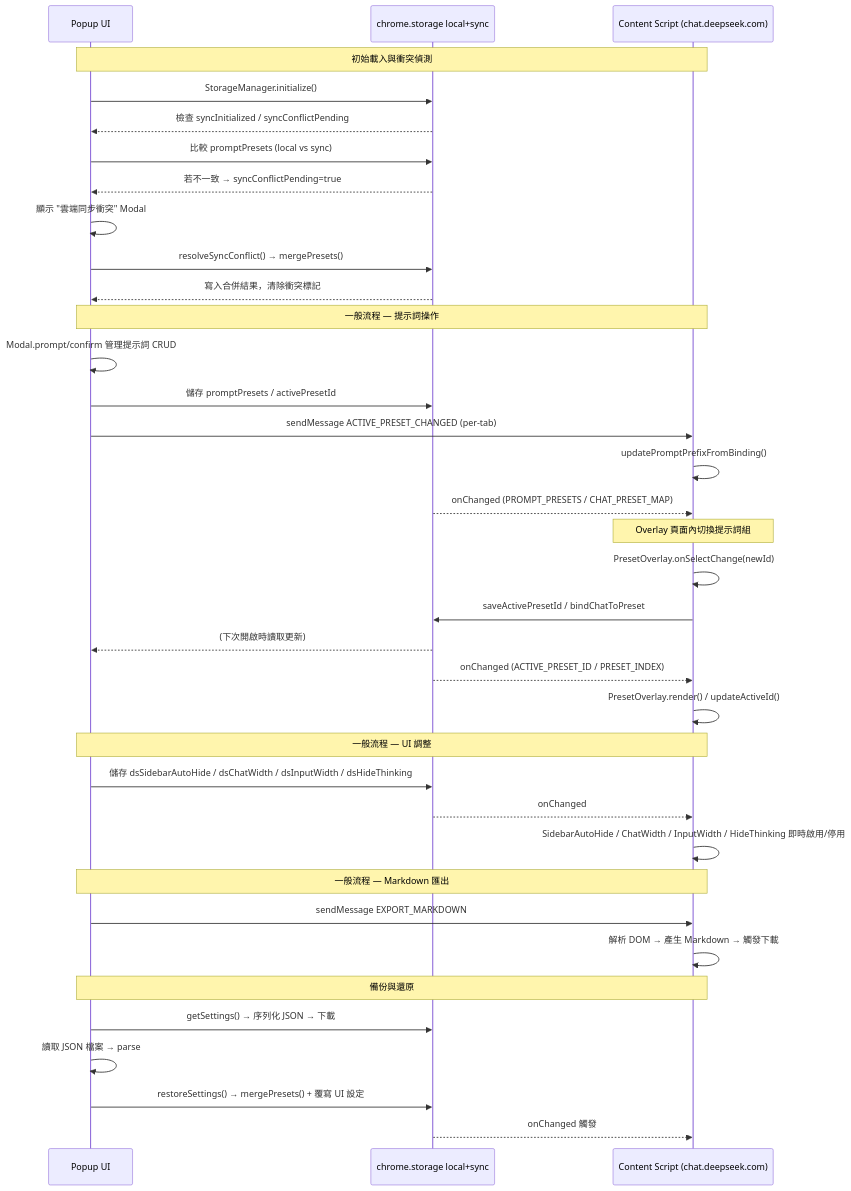
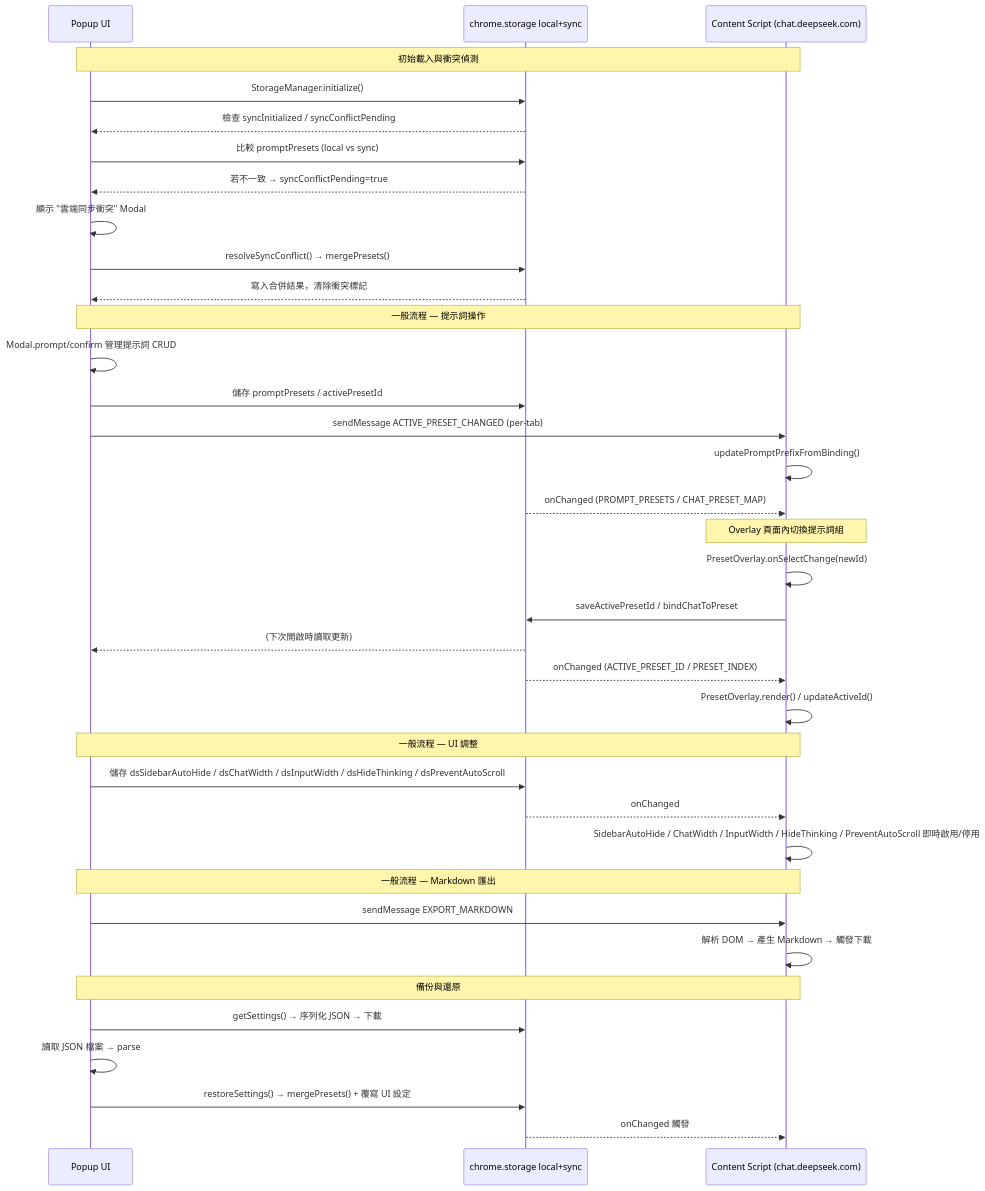
One commit to sov1n14/ds-studio changed the diagram in docs/ARCHITECTURE.md. Above: the diagram before and after it, drawn with Mermaid. The commit also changed other lines of this file and 29 other files, not shown here.

````diff
--- a/docs/ARCHITECTURE.md
+++ b/docs/ARCHITECTURE.md
@@ -145,44 +145,44 @@
 ```mermaid
 sequenceDiagram
     participant Popup as Popup UI
     participant Storage as chrome.storage local+sync
     participant Content as Content Script (chat.deepseek.com)
 
     Note over Popup,Content: 初始載入與衝突偵測
     Popup->>Storage: StorageManager.initialize()
     Storage-->>Popup: 檢查 syncInitialized / syncConflictPending
     Popup->>Storage: 比較 promptPresets (local vs sync)
     Storage-->>Popup: 若不一致 → syncConflictPending=true
     Popup->>Popup: 顯示 "雲端同步衝突" Modal
     Popup->>Storage: resolveSyncConflict() → mergePresets()
     Storage-->>Popup: 寫入合併結果，清除衝突標記
 
     Note over Popup,Content: 一般流程 — 提示詞操作
     Popup->>Popup: Modal.prompt/confirm 管理提示詞 CRUD
     Popup->>Storage: 儲存 promptPresets / activePresetId
     Popup->>Content: sendMessage ACTIVE_PRESET_CHANGED (per-tab)
     Content->>Content: updatePromptPrefixFromBinding()
     Storage-->>Content: onChanged (PROMPT_PRESETS / CHAT_PRESET_MAP)
 
     Note over Content: Overlay 頁面內切換提示詞組
     Content->>Content: PresetOverlay.onSelectChange(newId)
     Content->>Storage: saveActivePresetId / bindChatToPreset
     Storage-->>Popup: (下次開啟時讀取更新)
     Storage-->>Content: onChanged (ACTIVE_PRESET_ID / PRESET_INDEX)
     Content->>Content: PresetOverlay.render() / updateActiveId()
 
     Note over Popup,Content: 一般流程 — UI 調整
-    Popup->>Storage: 儲存 dsSidebarAutoHide / dsChatWidth / dsInputWidth / dsHideThinking
+    Popup->>Storage: 儲存 dsSidebarAutoHide / dsChatWidth / dsInputWidth / dsHideThinking / dsPreventAutoScroll
     Storage-->>Content: onChanged
-    Content->>Content: SidebarAutoHide / ChatWidth / InputWidth / HideThinking 即時啟用/停用
+    Content->>Content: SidebarAutoHide / ChatWidth / InputWidth / HideThinking / PreventAutoScroll 即時啟用/停用
 
     Note over Popup,Content: 一般流程 — Markdown 匯出
     Popup->>Content: sendMessage EXPORT_MARKDOWN
     Content->>Content: 解析 DOM → 產生 Markdown → 觸發下載
 
     Note over Popup,Content: 備份與還原
     Popup->>Storage: getSettings() → 序列化 JSON → 下載
     Popup->>Popup: 讀取 JSON 檔案 → parse
     Popup->>Storage: restoreSettings() → mergePresets() + 覆寫 UI 設定
     Storage-->>Content: onChanged 觸發
 ```
````
